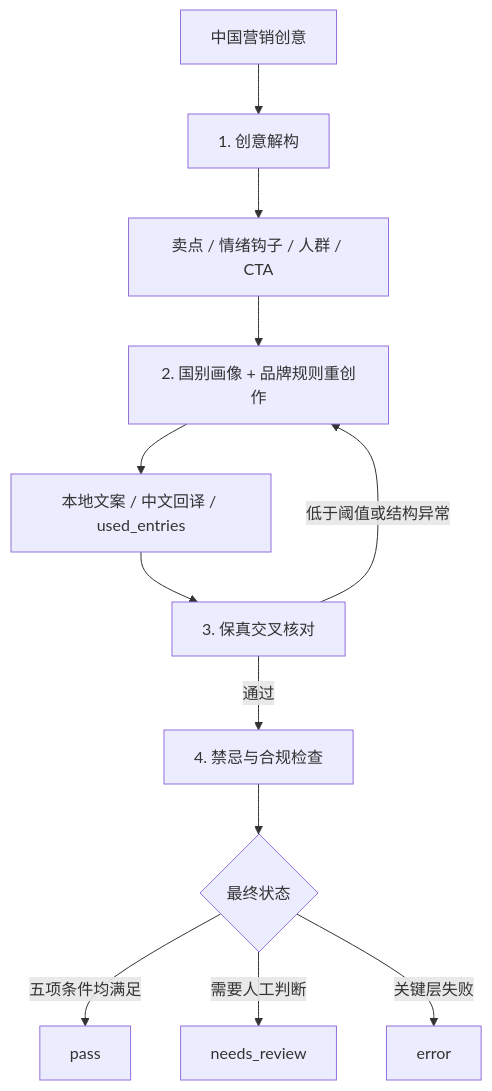
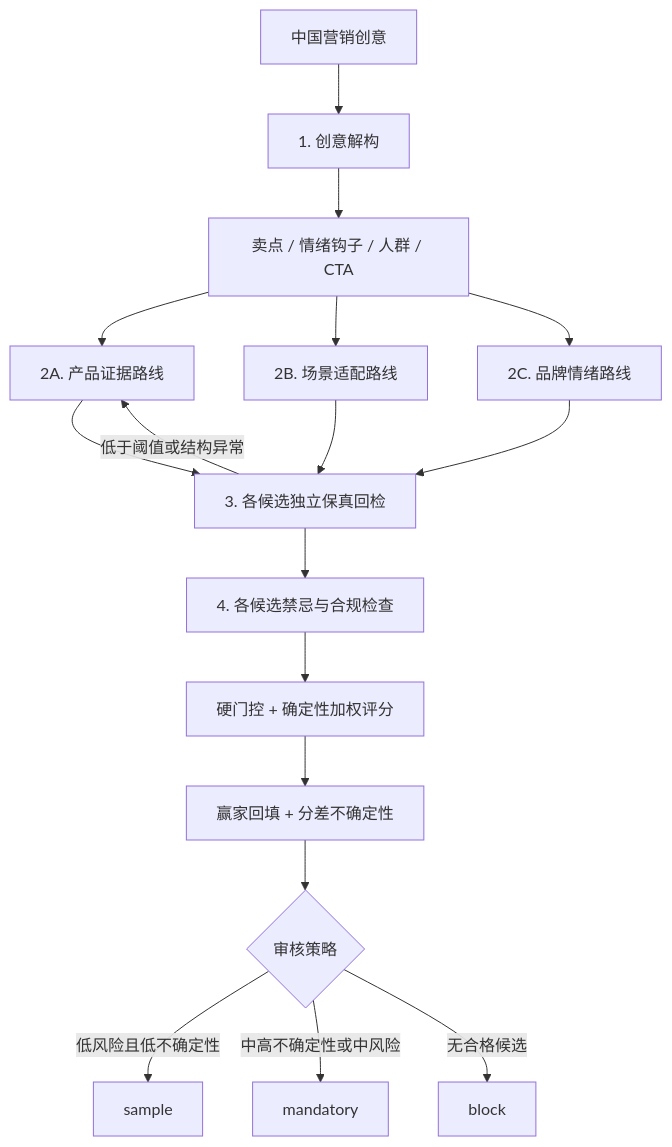
Before and after one commit to helloworld-x3/LocalPipe: the diagram in README.md, drawn with Mermaid. The commit also changed other lines of this file and 32 other files, not shown here.

````diff
--- a/README.md
+++ b/README.md
@@ -53,14 +53,19 @@
 ```mermaid
 flowchart TD
     A[中国营销创意] --> B[1. 创意解构]
     B --> C[卖点 / 情绪钩子 / 人群 / CTA]
-    C --> D[2. 国别画像 + 品牌规则重创作]
-    D --> E[本地文案 / 中文回译 / used_entries]
-    E --> F[3. 保真交叉核对]
-    F -->|低于阈值或结构异常| D
-    F -->|通过| G[4. 禁忌与合规检查]
-    G --> H{最终状态}
-    H -->|五项条件均满足| I[pass]
-    H -->|需要人工判断| J[needs_review]
-    H -->|关键层失败| K[error]
+    C --> D1[2A. 产品证据路线]
+    C --> D2[2B. 场景适配路线]
+    C --> D3[2C. 品牌情绪路线]
+    D1 --> E[3. 各候选独立保真回检]
+    D2 --> E
+    D3 --> E
+    E -->|低于阈值或结构异常| D1
+    E --> F[4. 各候选禁忌与合规检查]
+    F --> G[硬门控 + 确定性加权评分]
+    G --> H[赢家回填 + 分差不确定性]
+    H --> I{审核策略}
+    I -->|低风险且低不确定性| J[sample]
+    I -->|中高不确定性或中风险| K[mandatory]
+    I -->|无合格候选| L[block]
 ```
````
